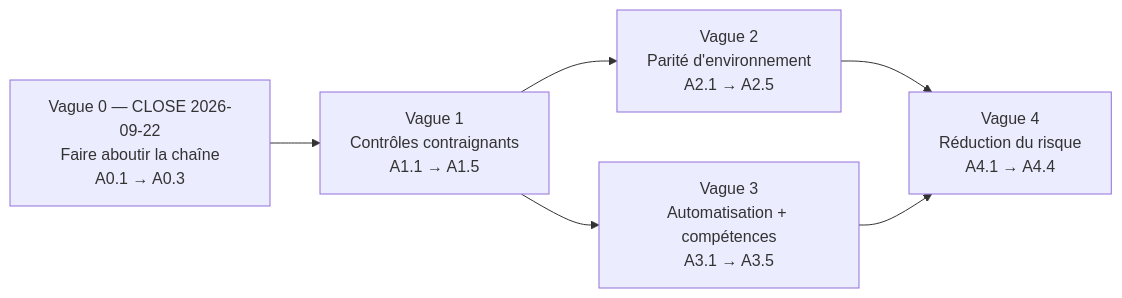
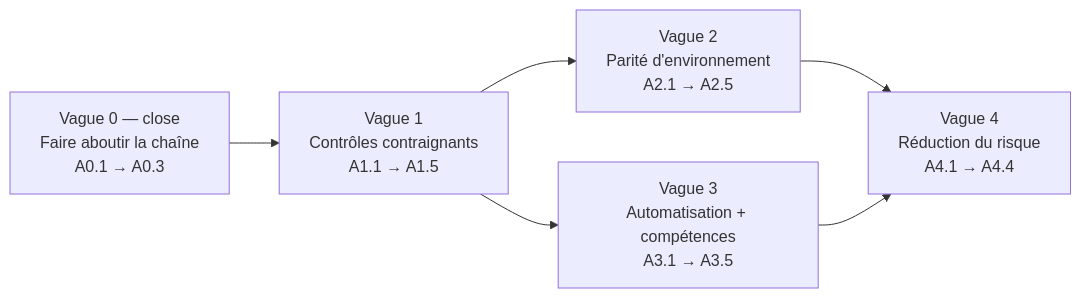
One commit to TedPasquiet/G-rez-le-cycle-de-vie-de-d-veloppement-logiciel changed the third of 3 diagrams in docs/plan-optimisation-release.md. Above: the diagram before and after it, drawn with Mermaid. The commit also changed other lines of this file and 27 other files, not shown here.

````diff
--- a/docs/plan-optimisation-release.md
+++ b/docs/plan-optimisation-release.md
@@ -392,8 +339,8 @@
 ```mermaid
 flowchart LR
-    V0["Vague 0 — CLOSE 2026-09-22<br/>Faire aboutir la chaîne<br/>A0.1 → A0.3"] --> V1["Vague 1<br/>Contrôles contraignants<br/>A1.1 → A1.5"]
+    V0["Vague 0 — close<br/>Faire aboutir la chaîne<br/>A0.1 → A0.3"] --> V1["Vague 1<br/>Contrôles contraignants<br/>A1.1 → A1.5"]
     V1 --> V2["Vague 2<br/>Parité d'environnement<br/>A2.1 → A2.5"]
     V1 --> V3["Vague 3<br/>Automatisation + compétences<br/>A3.1 → A3.5"]
     V2 --> V4["Vague 4<br/>Réduction du risque<br/>A4.1 → A4.4"]
     V3 --> V4
 ```
````
